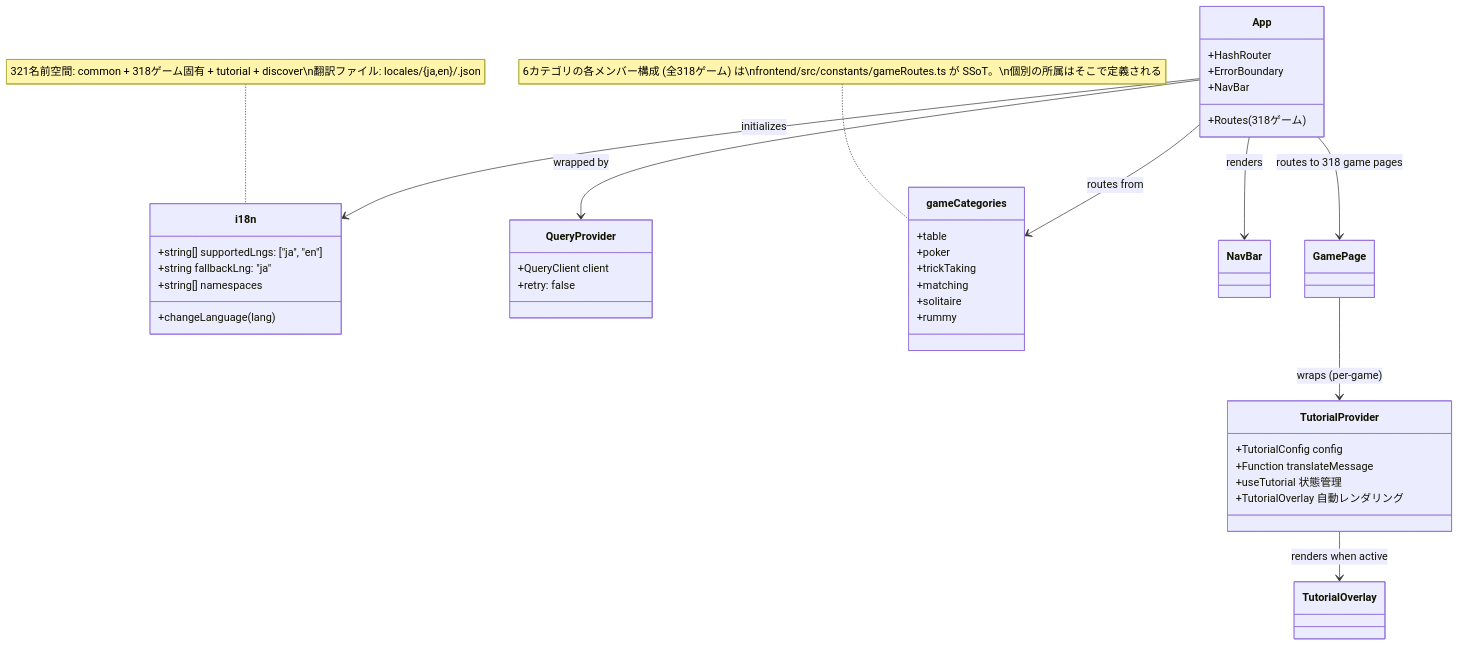
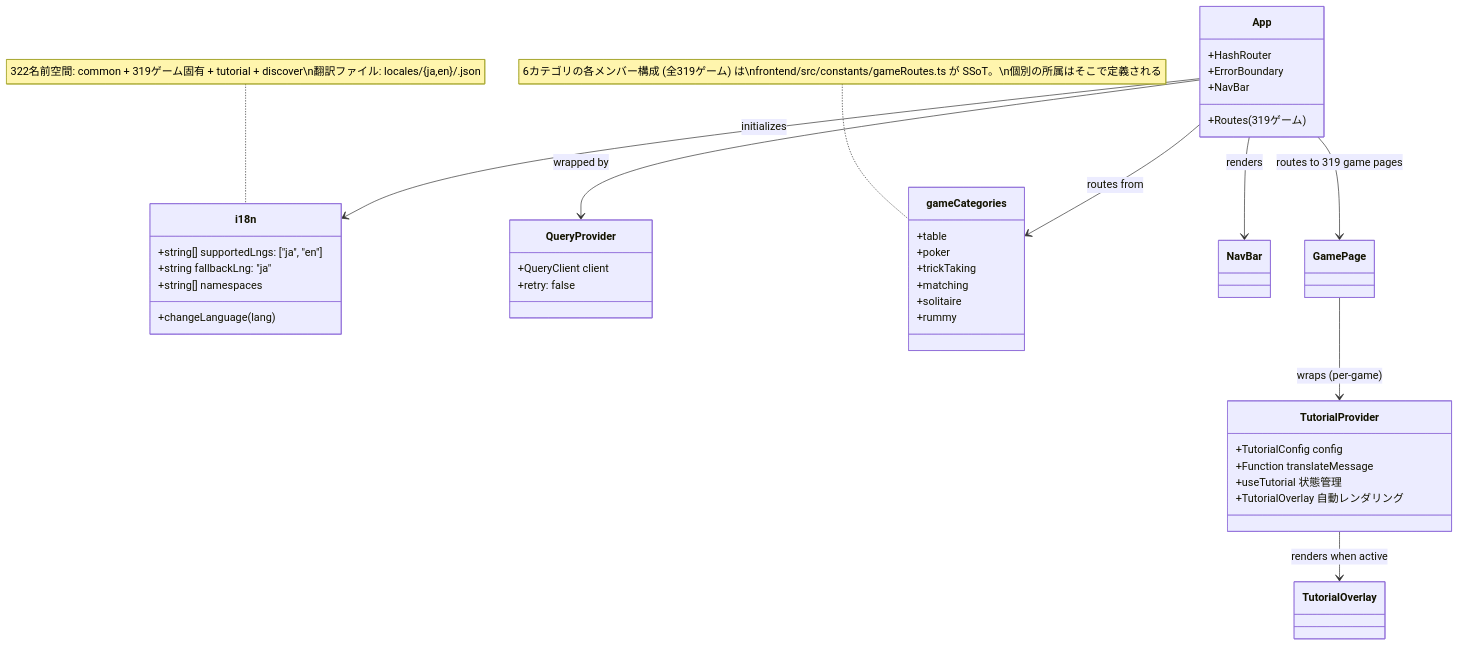
One commit to yuta-yoshinaga/go_trumpcards changed the ninth of 49 diagrams in docs/design/frontend.md. Above: the diagram before and after it, drawn with Mermaid. The commit also changed other lines of this file and 54 other files, not shown here.

````diff
--- a/docs/design/frontend.md
+++ b/docs/design/frontend.md
@@ -1874,48 +1874,48 @@
 ```mermaid
 classDiagram
     class i18n {
         +string[] supportedLngs: ["ja", "en"]
         +string fallbackLng: "ja"
         +string[] namespaces
         +changeLanguage(lang)
     }
 
     class QueryProvider {
         +QueryClient client
         +retry: false
     }
 
     class App {
         +HashRouter
         +ErrorBoundary
         +NavBar
-        +Routes (318ゲーム)
+        +Routes (319ゲーム)
     }
 
     class gameCategories {
         +table
         +poker
         +trickTaking
         +matching
         +solitaire
         +rummy
     }
-    note for gameCategories "6カテゴリの各メンバー構成 (全318ゲーム) は\nfrontend/src/constants/gameRoutes.ts が SSoT。\n個別の所属はそこで定義される"
+    note for gameCategories "6カテゴリの各メンバー構成 (全319ゲーム) は\nfrontend/src/constants/gameRoutes.ts が SSoT。\n個別の所属はそこで定義される"
 
     class TutorialProvider {
         +TutorialConfig config
         +Function translateMessage
         +useTutorial 状態管理
         +TutorialOverlay 自動レンダリング
     }
 
     App --> QueryProvider : wrapped by
     App --> i18n : initializes
     App --> gameCategories : routes from
     App --> NavBar : renders
-    App --> GamePage : routes to 318 game pages
+    App --> GamePage : routes to 319 game pages
     GamePage --> TutorialProvider : wraps (per-game)
     TutorialProvider --> TutorialOverlay : renders when active
 
-    note for i18n "321名前空間: common + 318ゲーム固有 + tutorial + discover\n翻訳ファイル: locales/{ja,en}/<game>.json"
+    note for i18n "322名前空間: common + 319ゲーム固有 + tutorial + discover\n翻訳ファイル: locales/{ja,en}/<game>.json"
 ```
````
